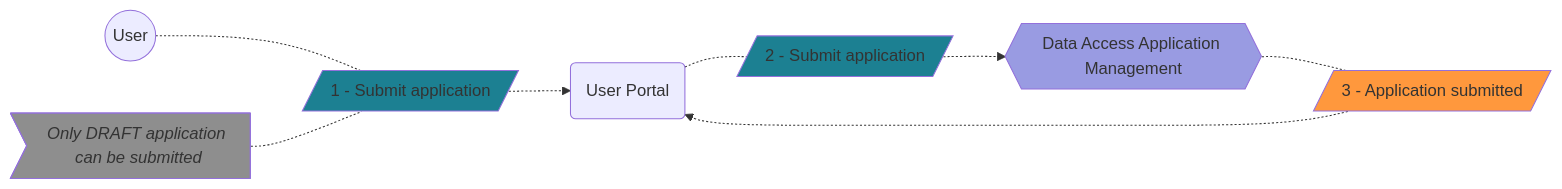
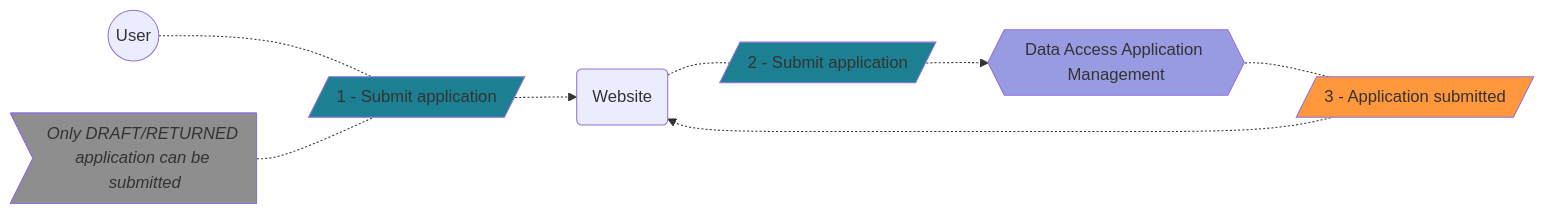
Before and after one commit to GenomicDataInfrastructure/gdi-userportal-docs: diagram 12 of 15 in content/docs/data-access-application-management/use-cases/_index.md, drawn with Mermaid. The commit also changed other lines of this file, not shown here.

````diff
--- a/content/docs/data-access-application-management/use-cases/_index.md
+++ b/content/docs/data-access-application-management/use-cases/_index.md
@@ -463,42 +463,42 @@
 ```mermaid
 flowchart LR
     user(("`
         User
     `"))
     
-    user_portal("`
-        User Portal
+    website("`
+        Website
     `")
     
     daam{{"`
         Data Access Application Management
     `"}}
     style daam fill:#999be2
     
     submit_application_1[/"`
         1 - Submit application
     `"/]
     submit_application_2[/"`
         2 - Submit application
     `"/]
     style submit_application_1 fill:#1C8092
     style submit_application_2 fill:#1C8092
 
     submit_application_note>"`
-        *Only DRAFT application can be submitted*
+        *Only DRAFT/RETURNED application can be submitted*
     `"]
     style submit_application_note fill:#8e8e8e
 
     application_submitted[/"`
         3 - Application submitted
     `"/]
     style application_submitted fill:#FF983D
 
     user -.- submit_application_1
     submit_application_note -.- submit_application_1
-    submit_application_1 -.-> user_portal
-    user_portal -.- submit_application_2
+    submit_application_1 -.-> website
+    website -.- submit_application_2
     submit_application_2 -.-> daam
     daam -.- application_submitted
-    application_submitted -.-> user_portal
+    application_submitted -.-> website
 ```
````
